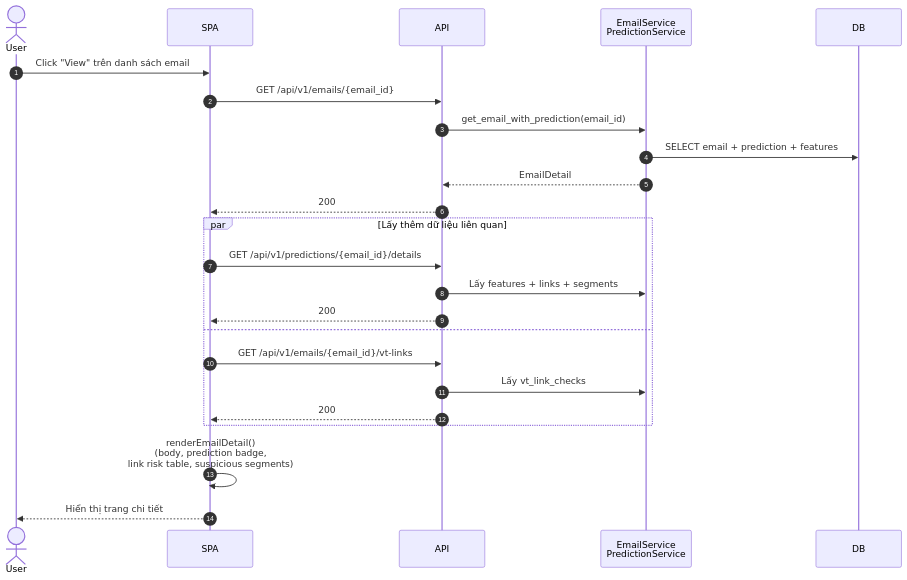
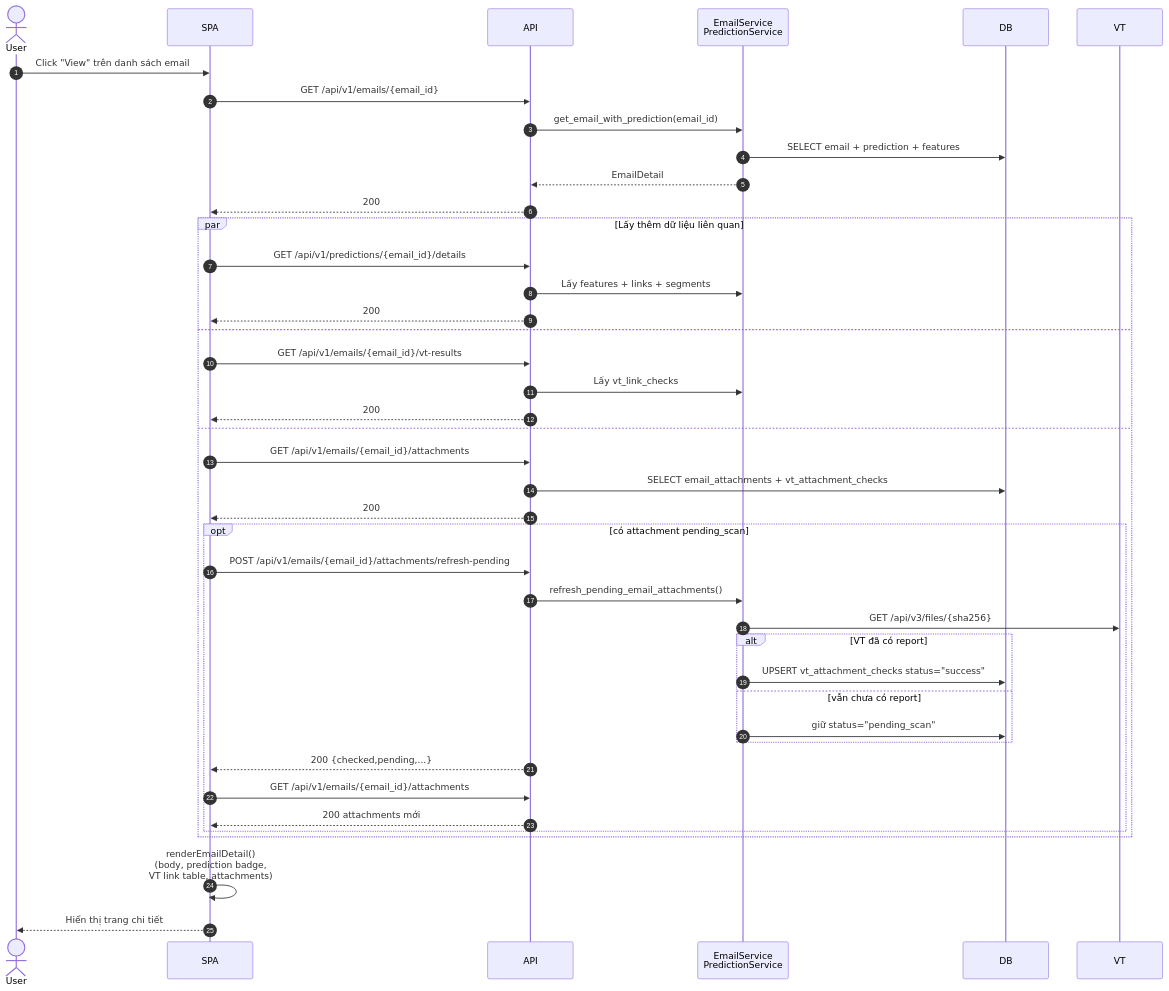
Before and after one commit to jackorofrobert/Final_Project_FPTU: diagram 13 of 17 in docs/SEQUENCE_DIAGRAMS.md, drawn with Mermaid. The commit also changed other lines of this file and 2 other files, not shown here.

Commit message:
docs: add documentation for attachment reloading, status refreshing, and VT result integration

````diff
--- a/docs/SEQUENCE_DIAGRAMS.md
+++ b/docs/SEQUENCE_DIAGRAMS.md
@@ -523,27 +526,44 @@
 ```mermaid
 sequenceDiagram
     autonumber
     actor User
     participant SPA
     participant API
     participant Svc as EmailService<br/>PredictionService
     participant DB
 
     User->>SPA: Click "View" trên danh sách email
     SPA->>API: GET /api/v1/emails/{email_id}
     API->>Svc: get_email_with_prediction(email_id)
     Svc->>DB: SELECT email + prediction + features
     Svc-->>API: EmailDetail
     API-->>SPA: 200
     par Lấy thêm dữ liệu liên quan
         SPA->>API: GET /api/v1/predictions/{email_id}/details
         API->>Svc: Lấy features + links + segments
         API-->>SPA: 200
     and
-        SPA->>API: GET /api/v1/emails/{email_id}/vt-links
+        SPA->>API: GET /api/v1/emails/{email_id}/vt-results
         API->>Svc: Lấy vt_link_checks
         API-->>SPA: 200
+    and
+        SPA->>API: GET /api/v1/emails/{email_id}/attachments
+        API->>DB: SELECT email_attachments + vt_attachment_checks
+        API-->>SPA: 200
+        opt có attachment pending_scan
+            SPA->>API: POST /api/v1/emails/{email_id}/attachments/refresh-pending
+            API->>Svc: refresh_pending_email_attachments()
+            Svc->>VT: GET /api/v3/files/{sha256}
+            alt VT đã có report
+                Svc->>DB: UPSERT vt_attachment_checks status="success"
+            else vẫn chưa có report
+                Svc->>DB: giữ status="pending_scan"
+            end
+            API-->>SPA: 200 {checked,pending,...}
+            SPA->>API: GET /api/v1/emails/{email_id}/attachments
+            API-->>SPA: 200 attachments mới
+        end
     end
-    SPA->>SPA: renderEmailDetail()<br/>(body, prediction badge,<br/>link risk table, suspicious segments)
+    SPA->>SPA: renderEmailDetail()<br/>(body, prediction badge,<br/>VT link table, attachments)
     SPA-->>User: Hiển thị trang chi tiết
 ```
````
